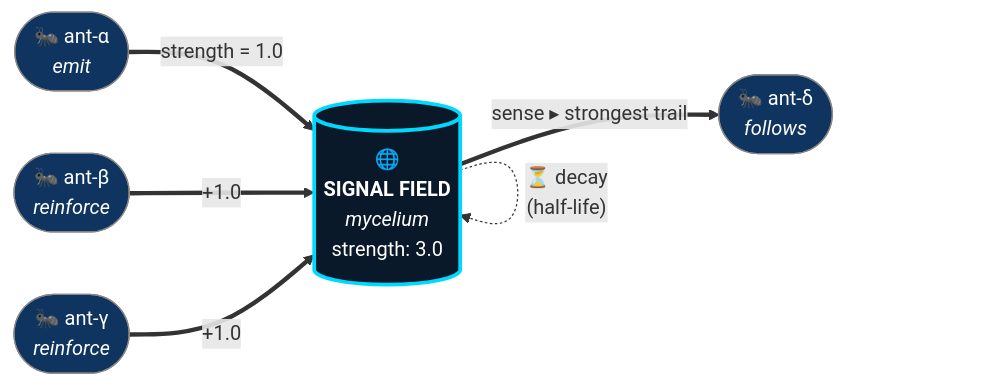
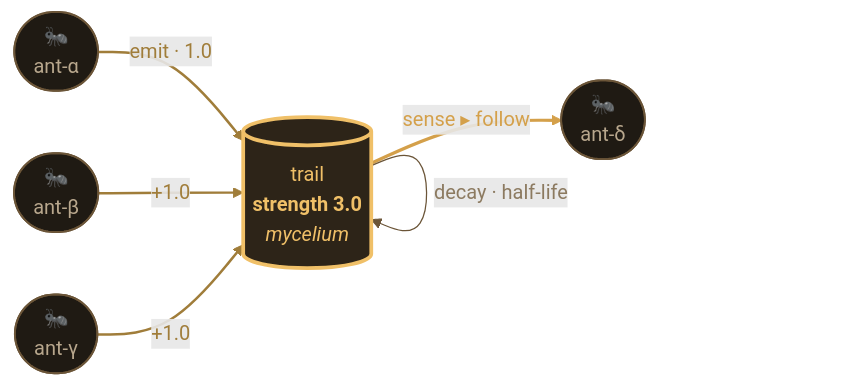
Before and after one commit to Ranzim/ormica: the third of 4 diagrams in README.md, drawn with Mermaid. The commit also changed other lines of this file, not shown here.

````diff
--- a/README.md
+++ b/README.md
@@ -203,14 +212,18 @@
 ```mermaid
 flowchart LR
-    A([🐜 ant-α<br/><i>emit</i>]) ==>|"strength = 1.0"| F
-    B([🐜 ant-β<br/><i>reinforce</i>]) ==>|"+1.0"| F
-    C([🐜 ant-γ<br/><i>reinforce</i>]) ==>|"+1.0"| F
-    F[("🌐<br/><b>SIGNAL FIELD</b><br/><i>mycelium</i><br/>strength: 3.0")]
-    F -.->|"⏳ decay<br/>(half-life)"| F
-    F ==>|"sense ▸ strongest trail"| D([🐜 ant-δ<br/><i>follows</i>])
+    A([🐜<br/>ant-α]) -->|"emit · 1.0"| F
+    B([🐜<br/>ant-β]) -->|"+1.0"| F
+    C([🐜<br/>ant-γ]) -->|"+1.0"| F
+    F[("trail<br/><b>strength 3.0</b><br/><i>mycelium</i>")]
+    F -->|"decay · half-life"| F
+    F -->|"sense ▸ follow"| D([🐜<br/>ant-δ])
 
-    classDef ant fill:#0f3460,stroke:#888,color:#fff
-    classDef field fill:#0a1929,stroke:#00d9ff,color:#fff,stroke-width:3px
+    classDef ant   fill:#1f1a13,stroke:#6b5538,stroke-width:1.5px,color:#b8a78d
+    classDef field fill:#2d2418,stroke:#f0c068,stroke-width:3px,color:#f0c068
     class A,B,C,D ant
     class F field
+
+    linkStyle 0,1,2 stroke:#a07d3a,stroke-width:2px,color:#a07d3a
+    linkStyle 3 stroke:#6b5538,stroke-width:1px,color:#8c7a60
+    linkStyle 4 stroke:#d4a04a,stroke-width:2.5px,color:#d4a04a
 ```
````
